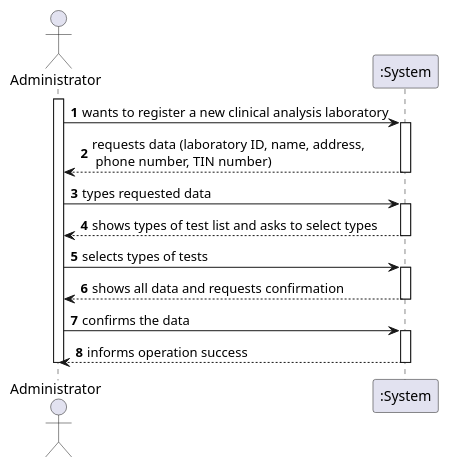
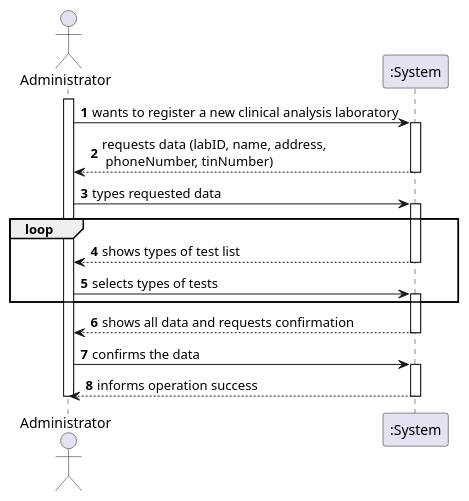
One commit to MarianaCLages/LAPR2 changed the diagram in docs/SprintB/US08/US8_SSD.puml. Above: the diagram before and after it, drawn with PlantUML. The commit also changed 9 other files, not shown here.

```diff
--- a/docs/SprintB/US08/US8_SSD.puml
+++ b/docs/SprintB/US08/US8_SSD.puml
@@ -1,24 +1,26 @@
 @startuml
 
 autonumber
 actor Administrator as A
 participant ":System" as S
 activate A
 A -> S: wants to register a new clinical analysis laboratory
 activate S
-S --> A: requests data (laboratory ID, name, address,\n phone number, TIN number)
+S --> A: requests data (labID, name, address,\n phoneNumber, tinNumber)
 deactivate S
 A -> S: types requested data
 activate S
-S --> A: shows types of test list and asks to select types
+loop
+S --> A: shows types of test list
 deactivate S
 A -> S: selects types of tests
 activate S
+end
 S --> A: shows all data and requests confirmation
 deactivate S
 A -> S: confirms the data
 activate S
 S --> A: informs operation success
 deactivate S
 deactivate A
 @enduml
```
